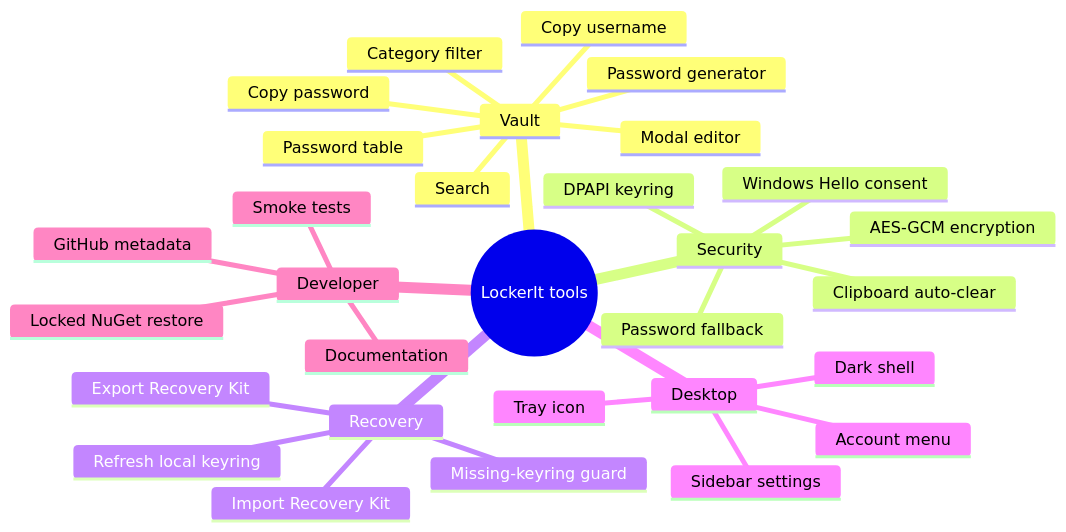
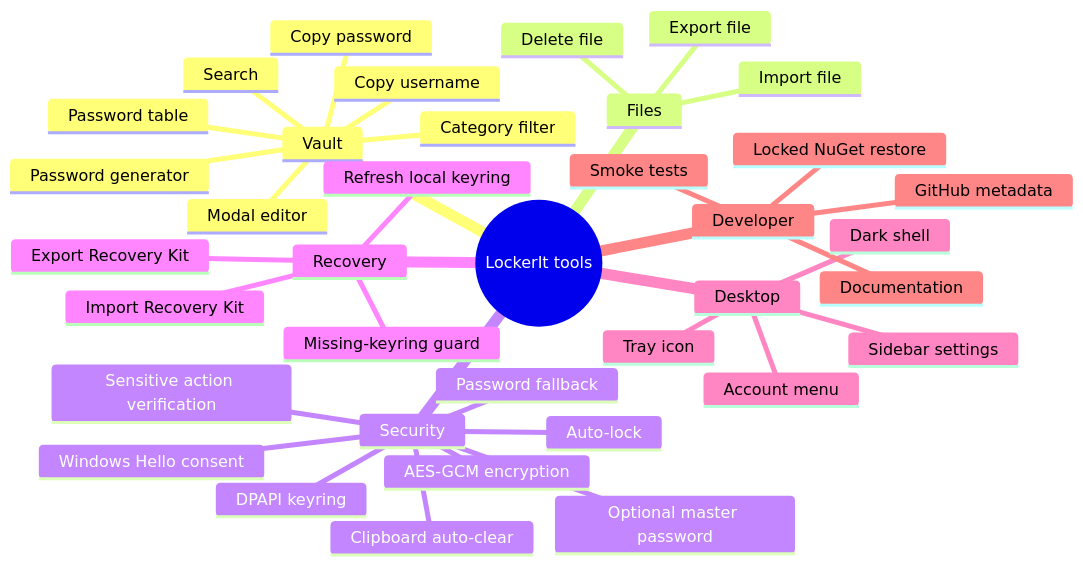
One commit to viamus/locker-it changed the second of 4 diagrams in README.md. Above: the diagram before and after it, drawn with Mermaid. The commit also changed other lines of this file and 23 other files, not shown here.

````diff
--- a/README.md
+++ b/README.md
@@ -61,33 +66,40 @@
 ```mermaid
 mindmap
   root((LockerIt tools))
     Vault
       Password table
       Category filter
       Search
       Modal editor
       Copy username
       Copy password
       Password generator
+    Files
+      Import file
+      Export file
+      Delete file
     Security
       Windows Hello consent
       Password fallback
       DPAPI keyring
+      Optional master password
       AES-GCM encryption
       Clipboard auto-clear
+      Auto-lock
+      Sensitive action verification
     Recovery
       Export Recovery Kit
       Import Recovery Kit
       Refresh local keyring
       Missing-keyring guard
     Desktop
       Dark shell
       Sidebar settings
       Account menu
       Tray icon
     Developer
       Locked NuGet restore
       Smoke tests
       GitHub metadata
       Documentation
 ```
````
